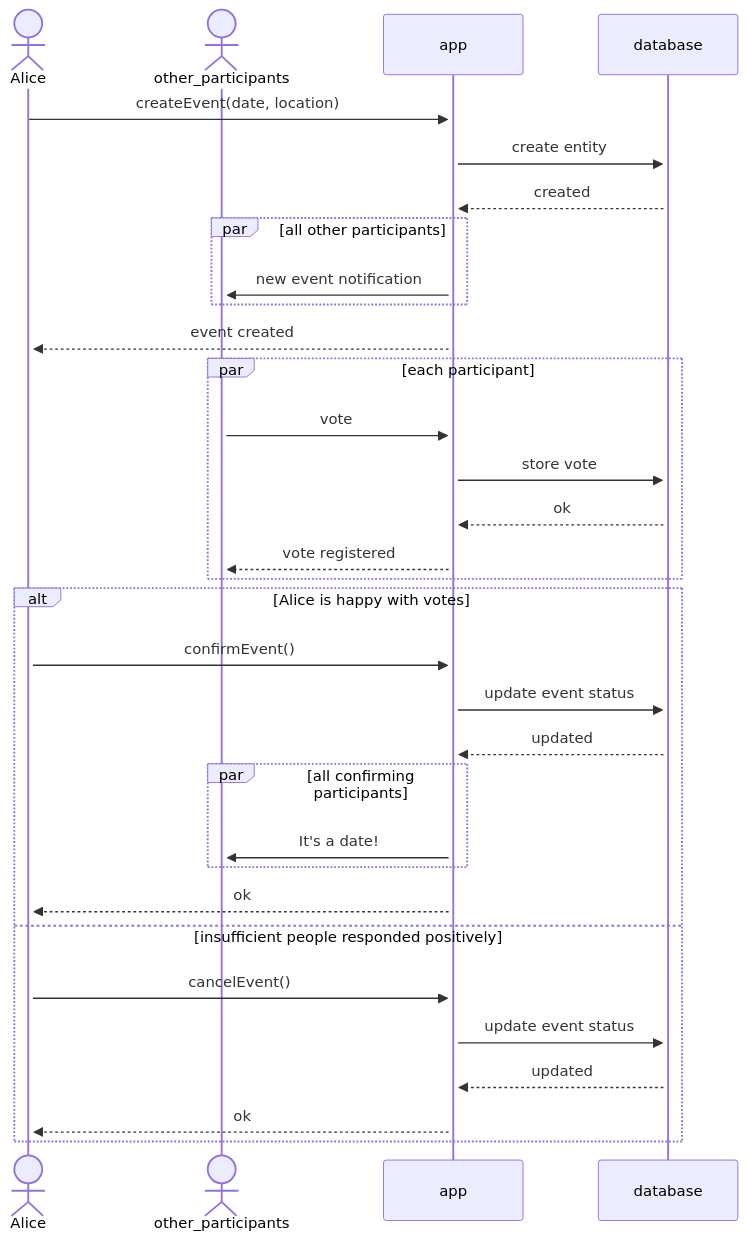
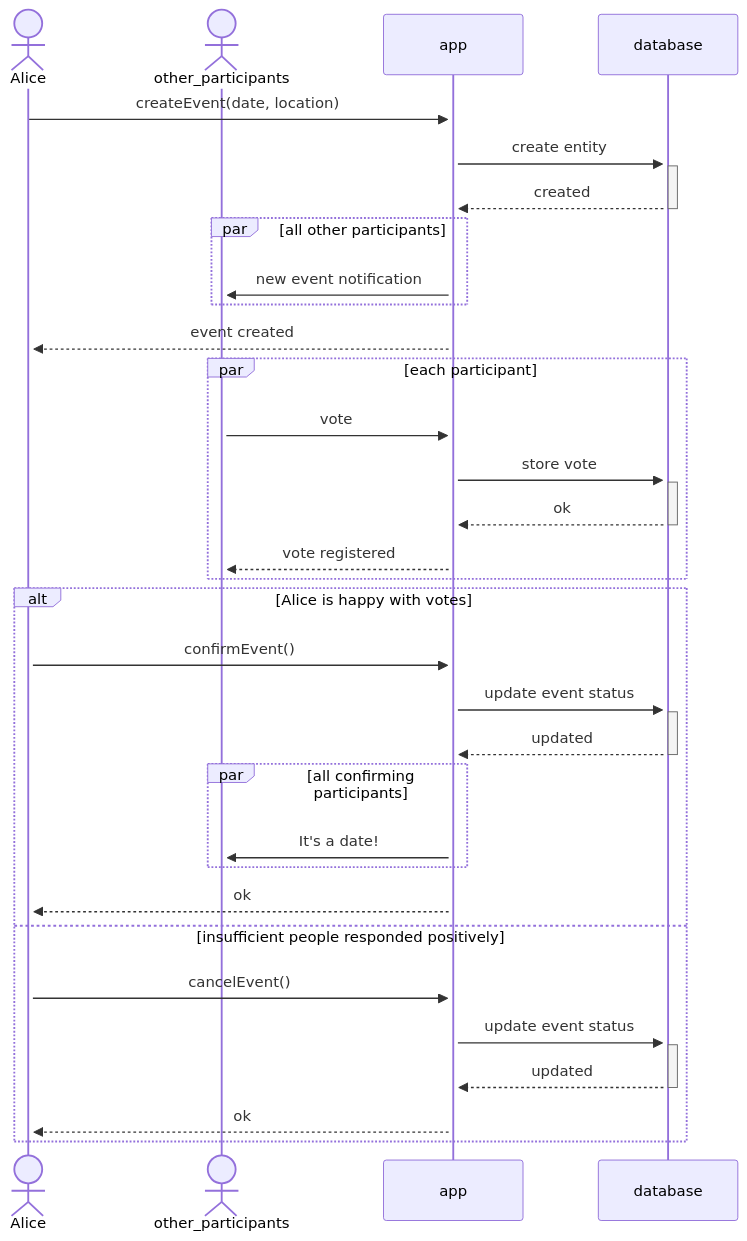
The first of 2 diagrams in 07 - Diagrame de interacțiune/README.md (cechirita/amss2023), drawn with Mermaid before and after one commit.

````diff
--- a/07 - Diagrame de interacțiune/README.md
+++ b/07 - Diagrame de interacțiune/README.md
@@ -114,38 +114,46 @@
 ```mermaid 
 sequenceDiagram
  
     actor Alice
     actor other_participants
     participant app
     participant database
 
     Alice ->> +app: createEvent(date, location)
     activate Alice 
     app ->> +database: create entity
+    activate database
     database -->> app: created
+    deactivate database
     par all other participants 
         app ->> +other_participants: new event notification
     end 
     app -->> Alice: event created
     par each participant
         other_participants ->> app: vote
         app ->> database: store vote
+        activate database
         database -->> app: ok
+        deactivate database 
         app -->> other_participants: vote registered
     end
     alt Alice is happy with votes
         Alice ->> app: confirmEvent()
         app ->> database: update event status
+        activate database
         database -->> app: updated
+        deactivate database
         par all confirming participants
             app ->> other_participants: It's a date!
         end
         app -->> Alice: ok
     else insufficient people responded positively
         Alice ->> app: cancelEvent()
-        app ->> database: update event status 
+        app ->> database: update event status
+        activate database 
         database -->> app: updated
+        deactivate database
         app -->> Alice: ok
     end
     
 ``` 
````
